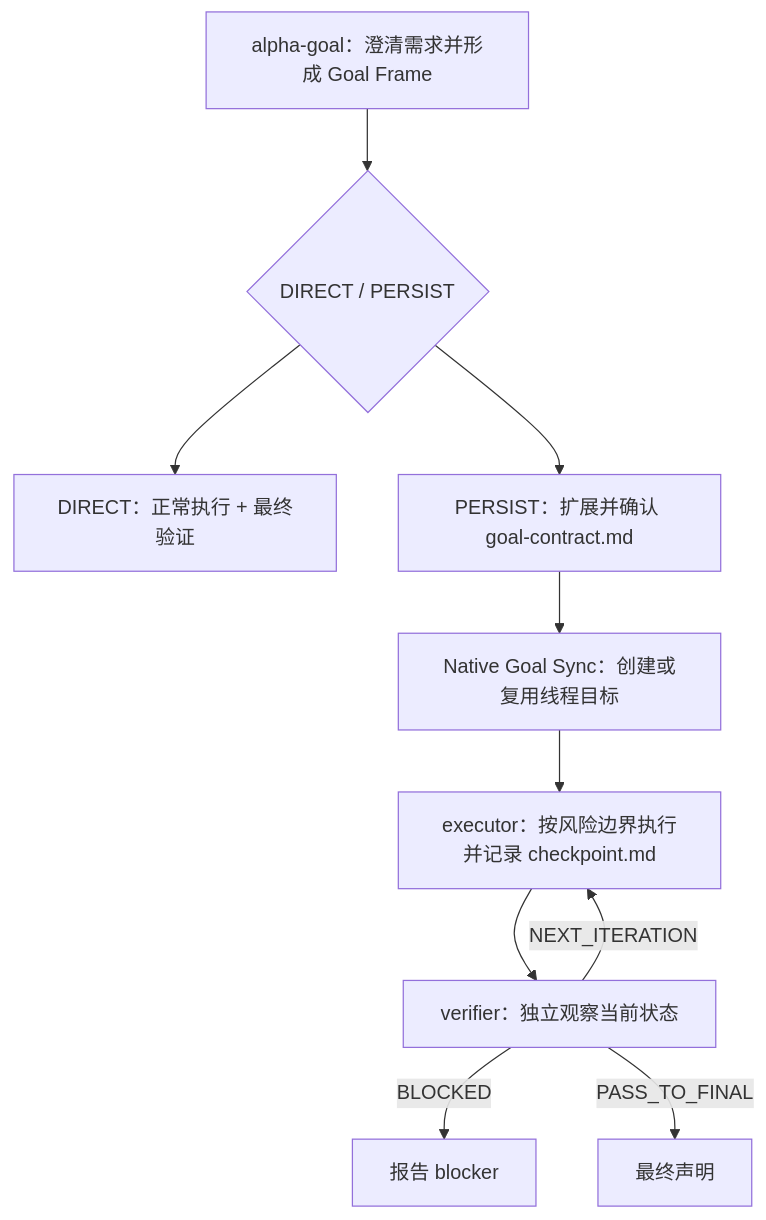
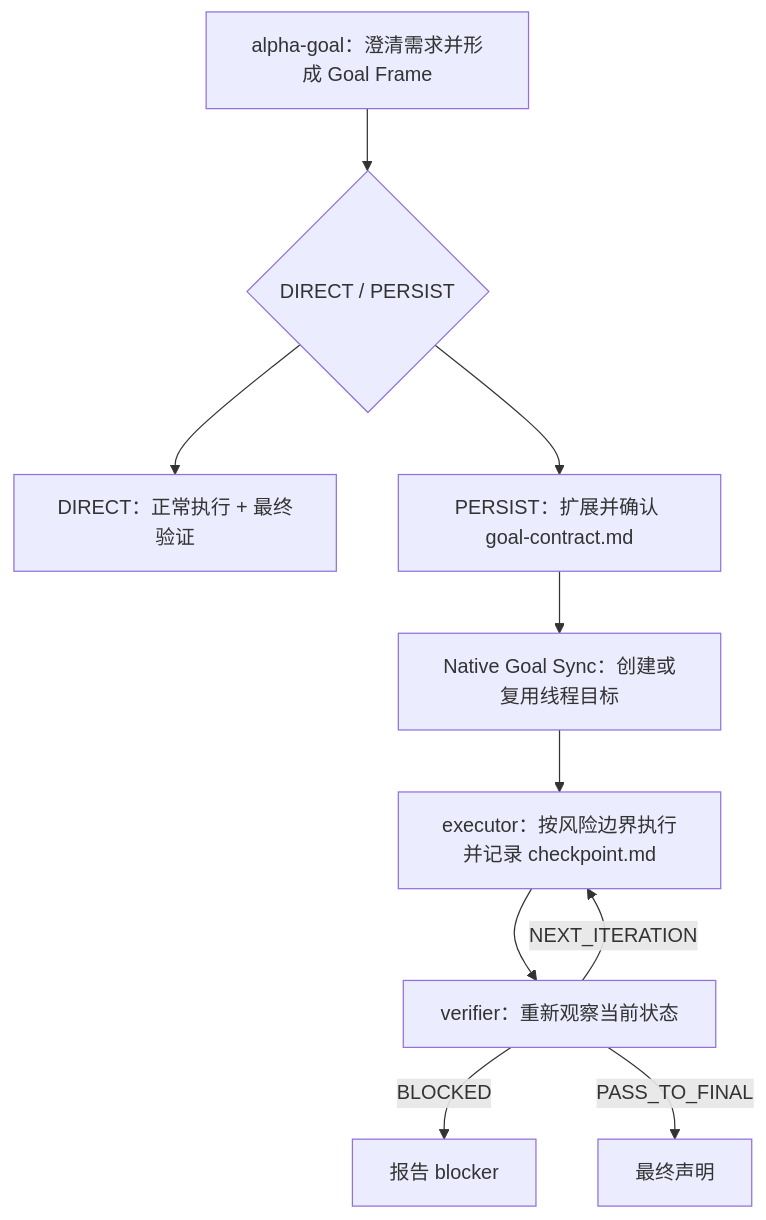
One commit to azhonglee/alpha-goal changed the diagram in README.md. Above: the diagram before and after it, drawn with Mermaid. The commit also changed other lines of this file and 14 other files, not shown here.

````diff
--- a/README.md
+++ b/README.md
@@ -42,12 +42,12 @@
 ```mermaid
 flowchart TD
   A["alpha-goal：澄清需求并形成 Goal Frame"] --> R{"DIRECT / PERSIST"}
   R --> D["DIRECT：正常执行 + 最终验证"]
   R --> P["PERSIST：扩展并确认 goal-contract.md"]
   P --> S["Native Goal Sync：创建或复用线程目标"]
   S --> E["executor：按风险边界执行并记录 checkpoint.md"]
-  E --> V["verifier：独立观察当前状态"]
+  E --> V["verifier：重新观察当前状态"]
   V -->|"NEXT_ITERATION"| E
   V -->|"BLOCKED"| B["报告 blocker"]
   V -->|"PASS_TO_FINAL"| F["最终声明"]
 ```
````
